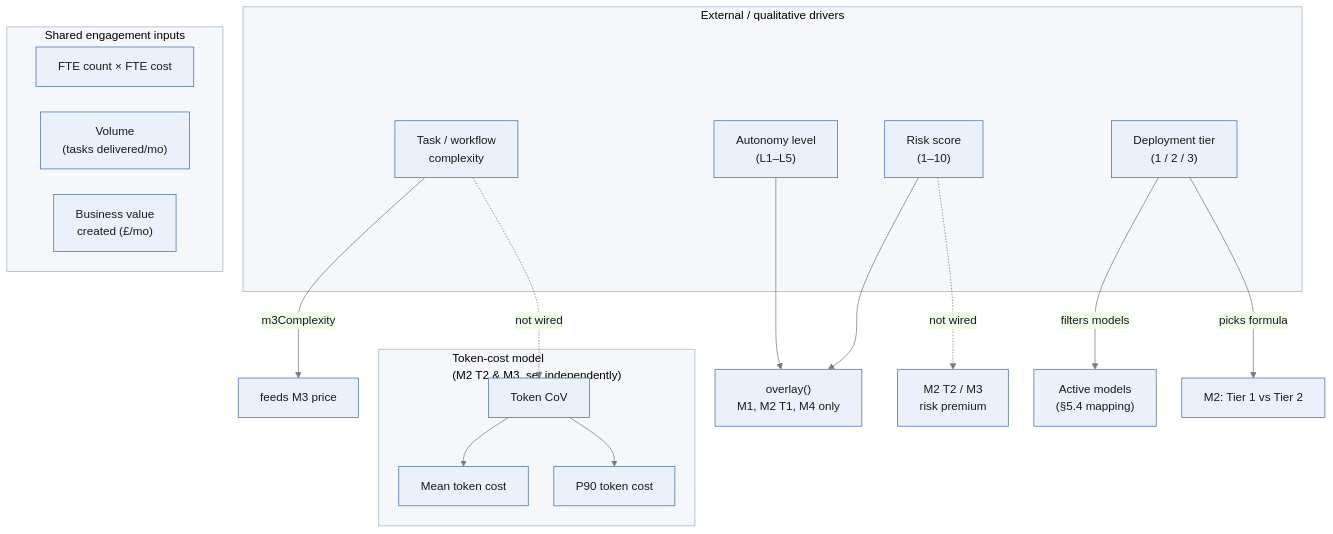
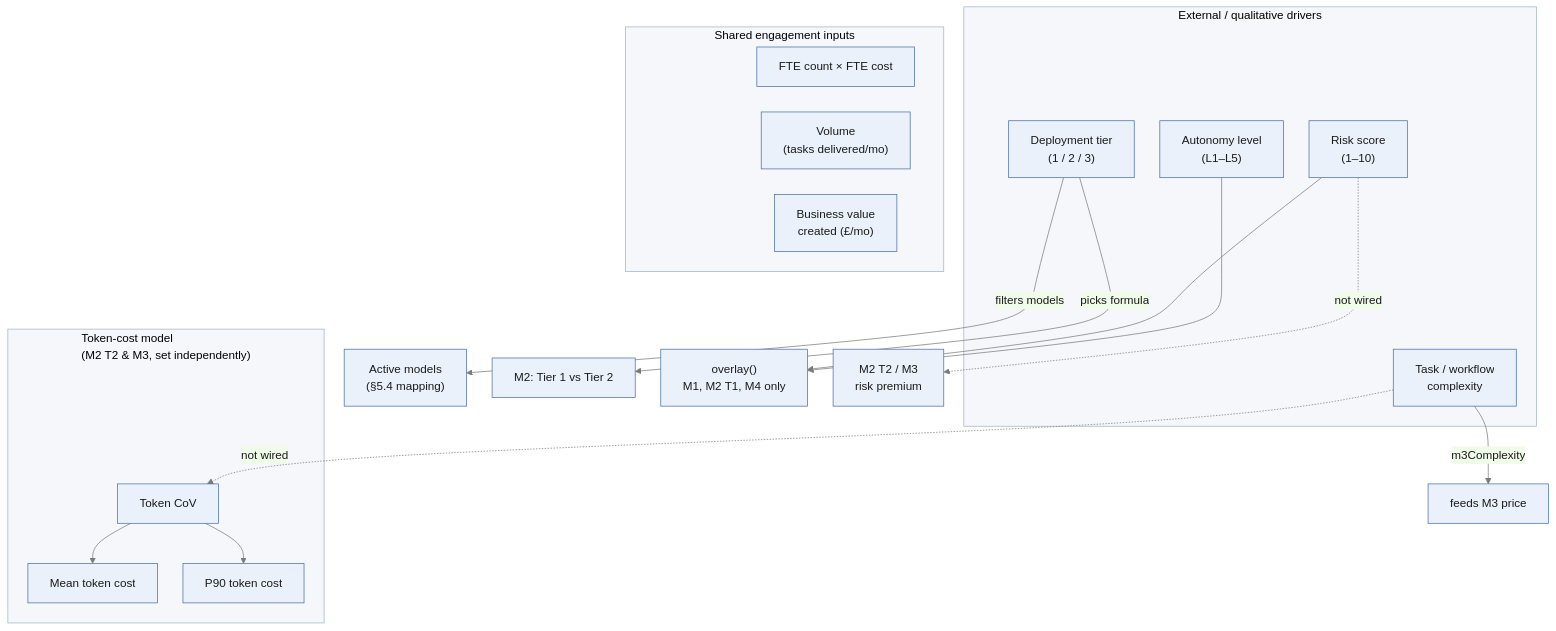
The first of 4 diagrams in causal-diagram.qmd (paulmilne/pricing-lab), drawn with Mermaid before and after one commit. The commit also changed 2 other files, not shown here.

Commit message:
Fix cluster-title/first-node overlap in Inputs & Drivers diagram via invisible spacer nodes

````diff
--- a/causal-diagram.qmd
+++ b/causal-diagram.qmd
@@ -46,34 +46,48 @@
 ```{mermaid}
 %%{init: {"theme": "base", "themeVariables": {"fontSize": "16px", "clusterBkg": "#f5f7fa", "clusterBorder": "#9fb3c8", "primaryColor": "#eaf1fb", "primaryBorderColor": "#4a6fa5", "primaryTextColor": "#1a1a1a", "lineColor": "#7a7a7a"}, "flowchart": {"nodeSpacing": 35, "rankSpacing": 55}}}%%
 flowchart TB
+  %% Blank spacer nodes below each cluster title, invisibly linked to the
+  %% first real node — Mermaid otherwise renders that node's box right under
+  %% the cluster title text, overlapping it, especially when the node also
+  %% has an incoming edge from outside the cluster pulling it upward.
   subgraph EXT["External / qualitative drivers"]
+    extSpacer[" "]
     complexity["Task / workflow<br/>complexity"]
     autonomyQ["Autonomy level<br/>(L1–L5)"]
     riskQ["Risk score<br/>(1–10)"]
     tier["Deployment tier<br/>(1 / 2 / 3)"]
+    extSpacer ~~~ complexity
   end
 
   subgraph SHARED["Shared engagement inputs"]
+    sharedSpacer[" "]
     fte["FTE count × FTE cost"]
     vol["Volume<br/>(tasks delivered/mo)"]
     val["Business value<br/>created (£/mo)"]
+    sharedSpacer ~~~ fte
   end
 
   subgraph TOKENS["Token-cost model<br/>(M2 T2 & M3, set independently)"]
+    tokensSpacer[" "]
     cov["Token CoV"]
     meanC["Mean token cost"]
     p90C["P90 token cost"]
+    tokensSpacer ~~~ cov
     cov --> meanC
     cov --> p90C
   end
+
+  style extSpacer fill:transparent,stroke:none
+  style sharedSpacer fill:transparent,stroke:none
+  style tokensSpacer fill:transparent,stroke:none
 
   tier -->|filters models| models["Active models<br/>(§5.4 mapping)"]
   tier -->|picks formula| m2choice["M2: Tier 1 vs Tier 2"]
 
   riskQ --> overlayN["overlay()<br/>M1, M2 T1, M4 only"]
   autonomyQ --> overlayN
   riskQ -.->|not wired| ownRisk["M2 T2 / M3<br/>risk premium"]
 
   complexity -->|m3Complexity| m3priceIn["feeds M3 price"]
   complexity -.->|not wired| cov
 ```
````
